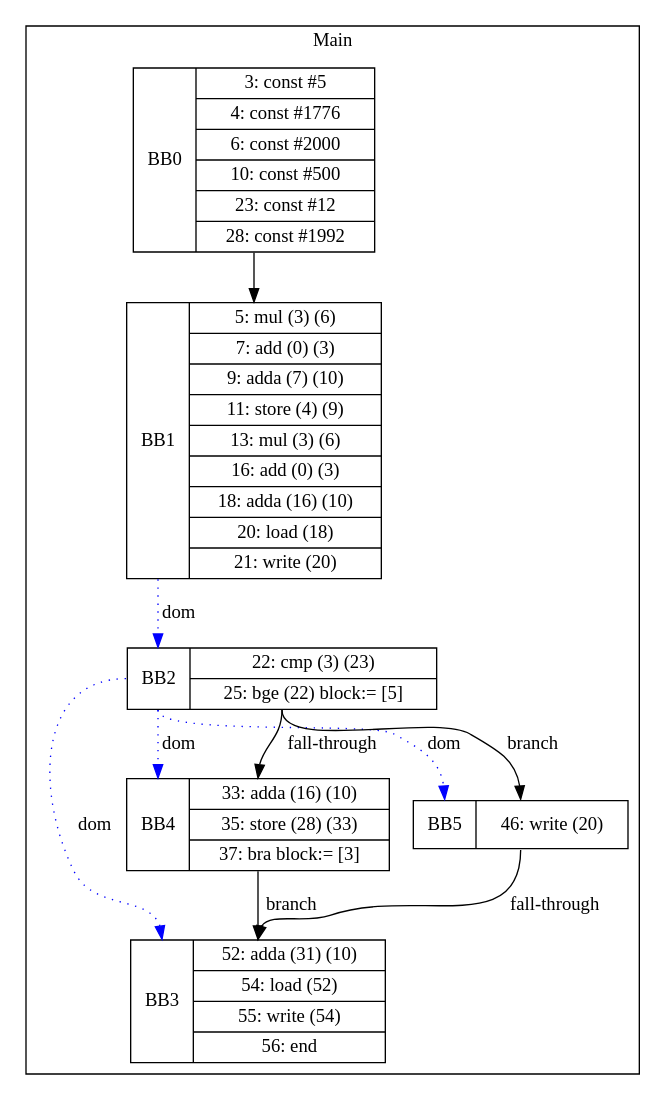
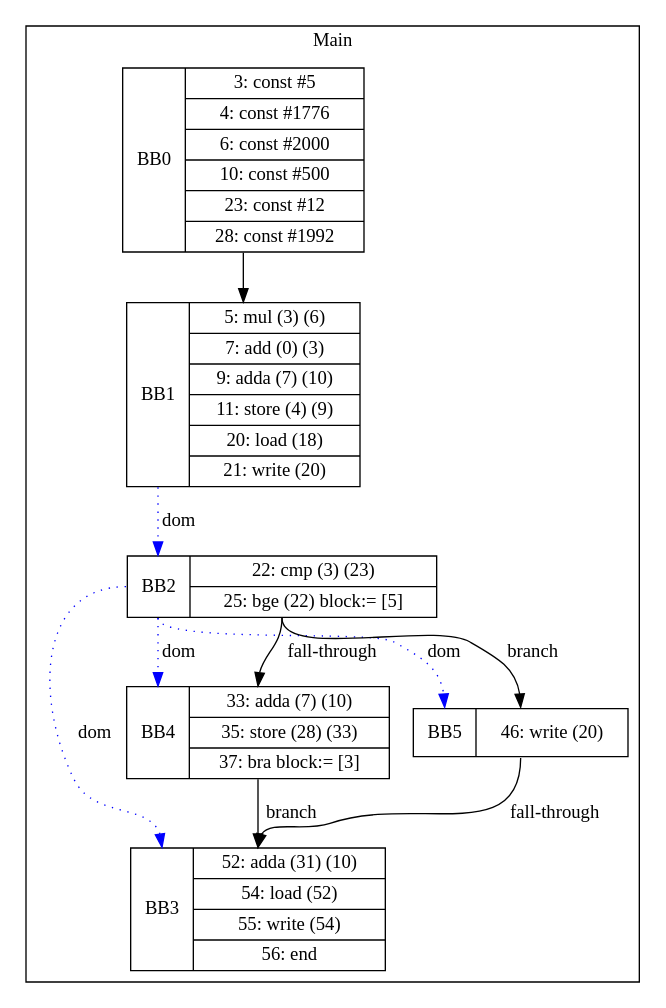
The diagram in visualization/jmcgowa/CSE_Tests/IF_ELSE_WRITE.gv (zjc664656505/UCI-CS241-Advanced-Compiler-main), drawn with Graphviz before and after one commit. The commit also changed 28 other files, not shown here.

```diff
--- a/visualization/jmcgowa/CSE_Tests/IF_ELSE_WRITE.gv
+++ b/visualization/jmcgowa/CSE_Tests/IF_ELSE_WRITE.gv
@@ -1,21 +1,21 @@
 digraph G {
 node [shape=record];
 subgraph cluster_main{
 label = "Main";
 BB0 [shape=record, label="<b>BB0|{3: const #5|4: const #1776|6: const #2000|10: const #500|23: const #12|28: const #1992}"];
-BB1 [shape=record, label="<b>BB1|{5: mul (3) (6)|7: add (0) (3)|9: adda (7) (10)|11: store (4) (9)|13: mul (3) (6)|16: add (0) (3)|18: adda (16) (10)|20: load (18)|21: write (20)}"];
+BB1 [shape=record, label="<b>BB1|{5: mul (3) (6)|7: add (0) (3)|9: adda (7) (10)|11: store (4) (9)|20: load (18)|21: write (20)}"];
 BB2 [shape=record, label="<b>BB2|{22: cmp (3) (23)|25: bge (22) block:= [5]}"];
 BB3 [shape=record, label="<b>BB3|{52: adda (31) (10)|54: load (52)|55: write (54)|56: end}"];
-BB4 [shape=record, label="<b>BB4|{33: adda (16) (10)|35: store (28) (33)|37: bra block:= [3]}"];
+BB4 [shape=record, label="<b>BB4|{33: adda (7) (10)|35: store (28) (33)|37: bra block:= [3]}"];
 BB5 [shape=record, label="<b>BB5|{46: write (20)}"];
 }
 BB0:s -> BB1:n ;
 BB2:b -> BB3:b [color=blue, style=dotted, label="dom"];
 BB2:b -> BB4:b [color=blue, style=dotted, label="dom"];
 BB1:b -> BB2:b [color=blue, style=dotted, label="dom"];
 BB2:b -> BB5:b [color=blue, style=dotted, label="dom"];
 BB2:s -> BB5:n [label="branch"];
 BB4:s -> BB3:n [label="branch"];
 BB5:s -> BB3:n [label="fall-through"];
 BB2:s -> BB4:n [label="fall-through"];
 }
```
